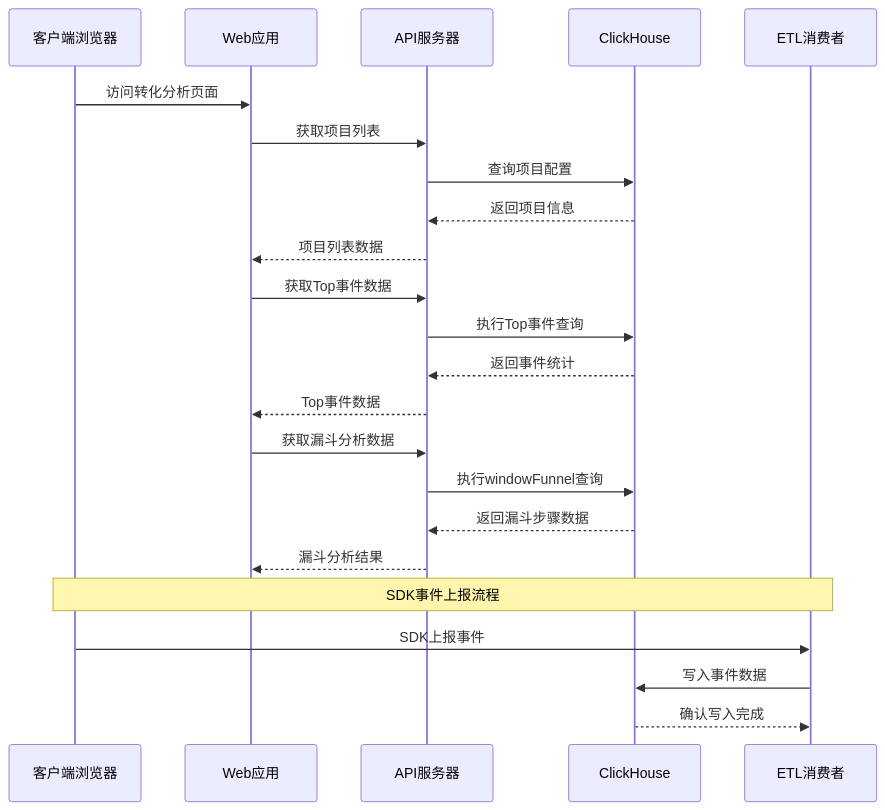
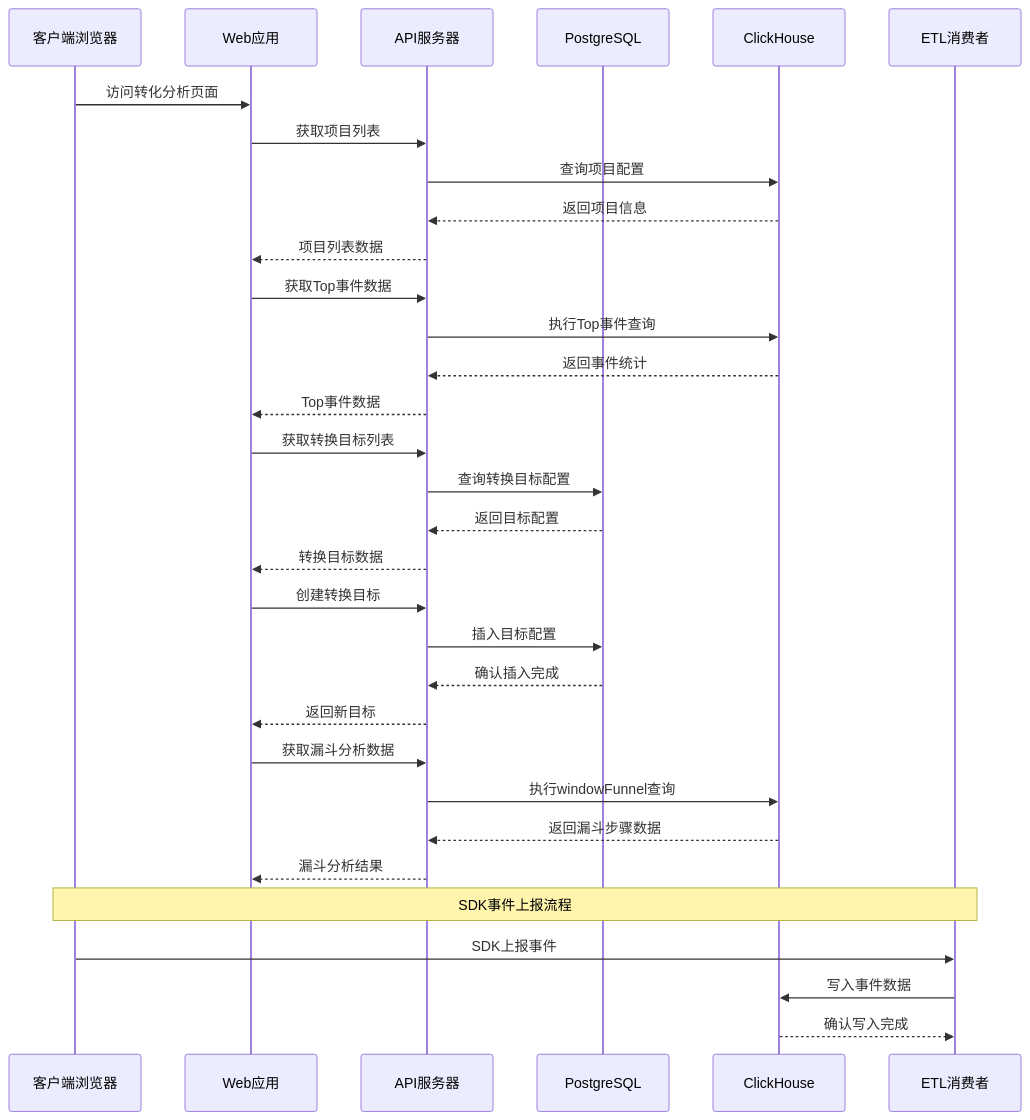
The second of 8 diagrams in .qoder/repowiki/zh/content/Web控制台/转化分析功能.md (zhen-zhong/AeroLog), drawn with Mermaid before and after one commit. The commit also changed other lines of this file and 97 other files, not shown here.

````diff
--- a/.qoder/repowiki/zh/content/Web控制台/转化分析功能.md
+++ b/.qoder/repowiki/zh/content/Web控制台/转化分析功能.md
@@ -120,25 +148,34 @@
 ```mermaid
 sequenceDiagram
 participant Client as 客户端浏览器
 participant WebApp as Web应用
 participant API as API服务器
+participant PG as PostgreSQL
 participant CH as ClickHouse
 participant Consumer as ETL消费者
 Client->>WebApp : 访问转化分析页面
 WebApp->>API : 获取项目列表
 API->>CH : 查询项目配置
 CH-->>API : 返回项目信息
 API-->>WebApp : 项目列表数据
 WebApp->>API : 获取Top事件数据
 API->>CH : 执行Top事件查询
 CH-->>API : 返回事件统计
 API-->>WebApp : Top事件数据
+WebApp->>API : 获取转换目标列表
+API->>PG : 查询转换目标配置
+PG-->>API : 返回目标配置
+API-->>WebApp : 转换目标数据
+WebApp->>API : 创建转换目标
+API->>PG : 插入目标配置
+PG-->>API : 确认插入完成
+API-->>WebApp : 返回新目标
 WebApp->>API : 获取漏斗分析数据
 API->>CH : 执行windowFunnel查询
 CH-->>API : 返回漏斗步骤数据
 API-->>WebApp : 漏斗分析结果
 Note over Client,Consumer : SDK事件上报流程
 Client->>Consumer : SDK上报事件
 Consumer->>CH : 写入事件数据
 CH-->>Consumer : 确认写入完成
 ```
````
